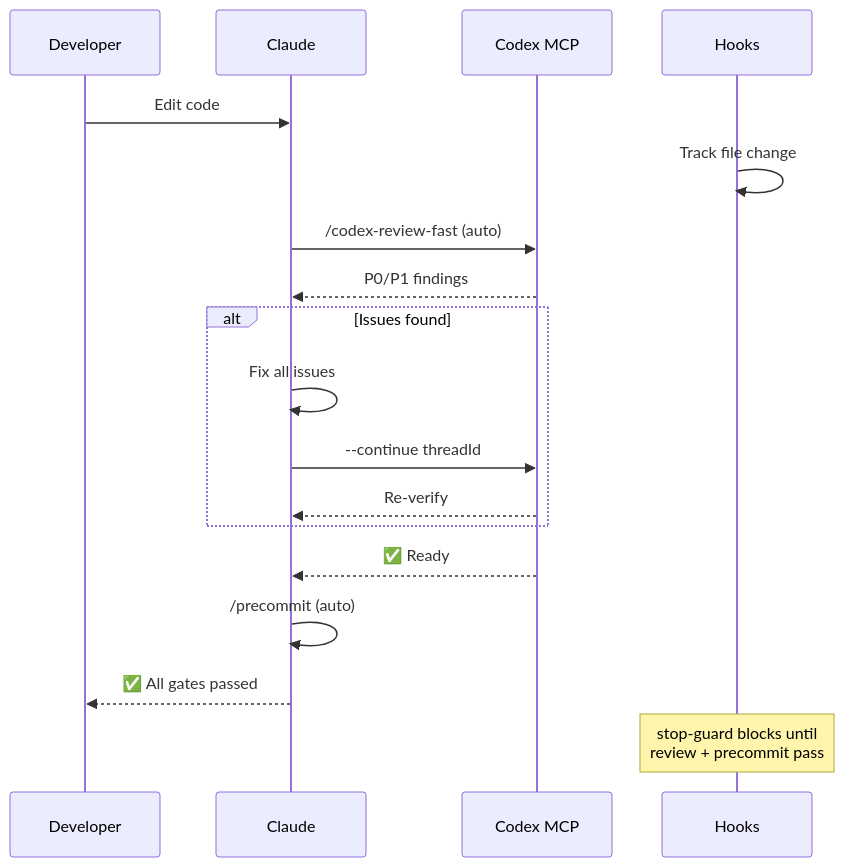
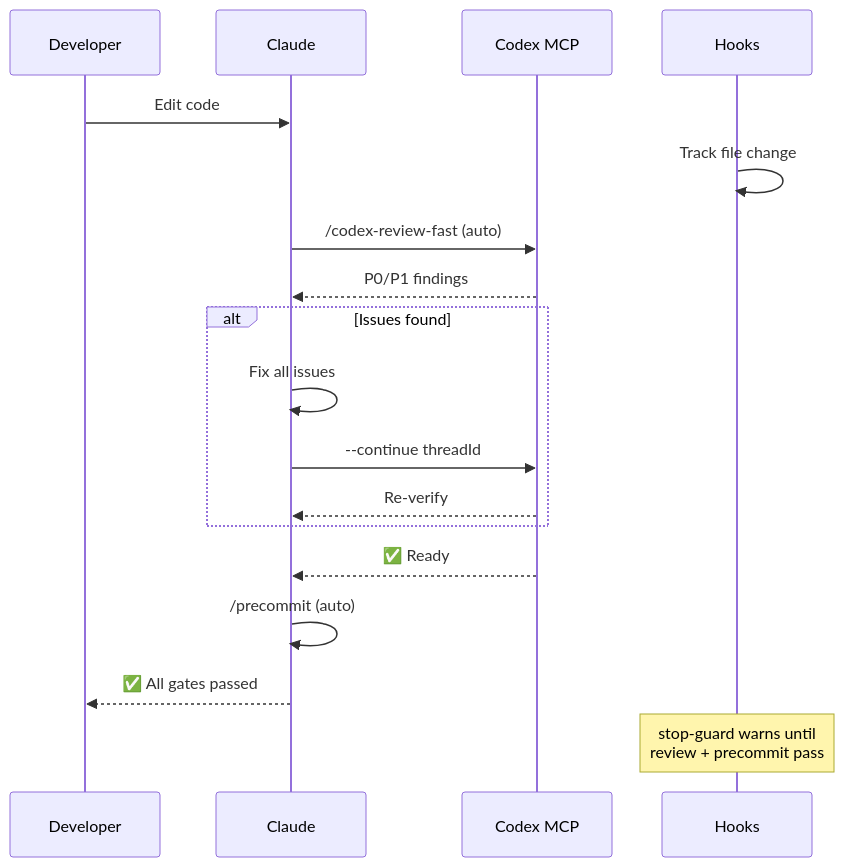
Before and after one commit to jupiter-Pulin/Uranus-dev-flow: the second of 3 diagrams in README.es.md, drawn with Mermaid. The commit also changed other lines of this file and 5 other files, not shown here.

````diff
--- a/README.es.md
+++ b/README.es.md
@@ -27,24 +27,24 @@
 ```mermaid
 sequenceDiagram
     participant D as Developer
     participant C as Claude
     participant X as Codex MCP
     participant H as Hooks
 
     D->>C: Edit code
     H->>H: Track file change
     C->>X: /codex-review-fast (auto)
     X-->>C: P0/P1 findings
 
     alt Issues found
         C->>C: Fix all issues
         C->>X: --continue threadId
         X-->>C: Re-verify
     end
 
     X-->>C: ✅ Ready
     C->>C: /precommit (auto)
     C-->>D: ✅ All gates passed
 
-    Note over H: stop-guard blocks until<br/>review + precommit pass
+    Note over H: stop-guard warns until<br/>review + precommit pass
 ```
````
